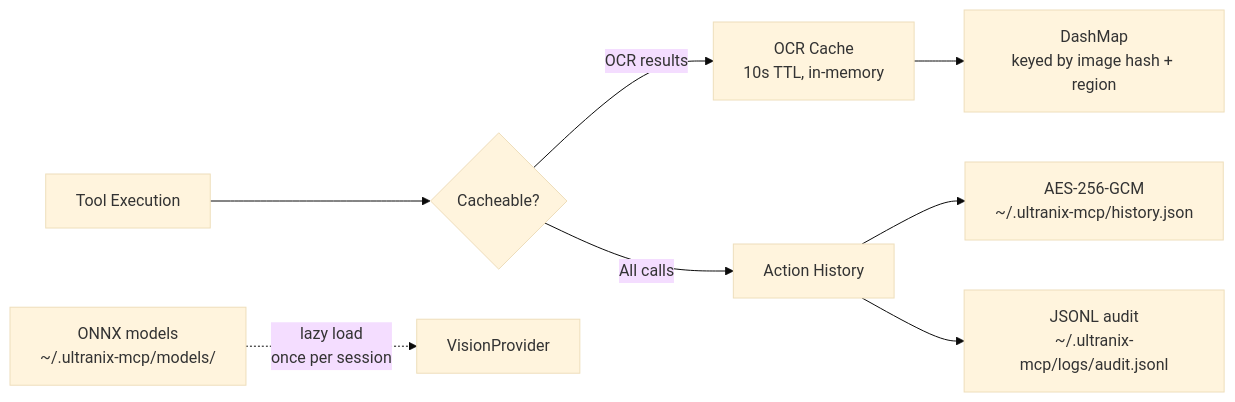
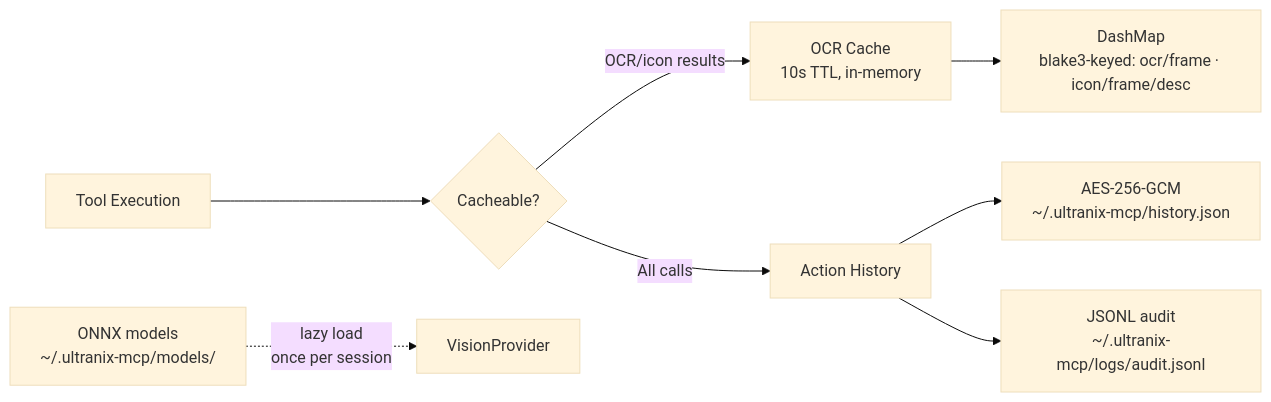
The fourth of 9 diagrams in docs/ARCHITECTURE.md (jxoesneon/ultranix-mcp), drawn with Mermaid (base theme) before and after one commit. The commit also changed other lines of this file and 50 other files, not shown here.

First line of the commit message:
v1.1.0: layer-shell overlay, X11 providers, PipeWire portal capture, Sentry, OCR cache

````diff
--- a/docs/ARCHITECTURE.md
+++ b/docs/ARCHITECTURE.md
@@ -346,10 +375,10 @@
 ```mermaid
 graph LR
     TOOL[Tool Execution] --> CACHE{Cacheable?}
-    CACHE -->|OCR results| OCRCACHE[OCR Cache<br/>10s TTL, in-memory]
+    CACHE -->|OCR/icon results| OCRCACHE[OCR Cache<br/>10s TTL, in-memory]
     CACHE -->|All calls| HISTORY[Action History]
-    OCRCACHE --> MEM[DashMap<br/>keyed by image hash + region]
+    OCRCACHE --> MEM[DashMap<br/>blake3-keyed: ocr/frame · icon/frame/desc]
     HISTORY --> ENC[AES-256-GCM<br/>~/.ultranix-mcp/history.json]
     HISTORY --> AUDITL[JSONL audit<br/>~/.ultranix-mcp/logs/audit.jsonl]
     MODELS[ONNX models<br/>~/.ultranix-mcp/models/] -.->|lazy load<br/>once per session| PVIS2[VisionProvider]
 ```
````
